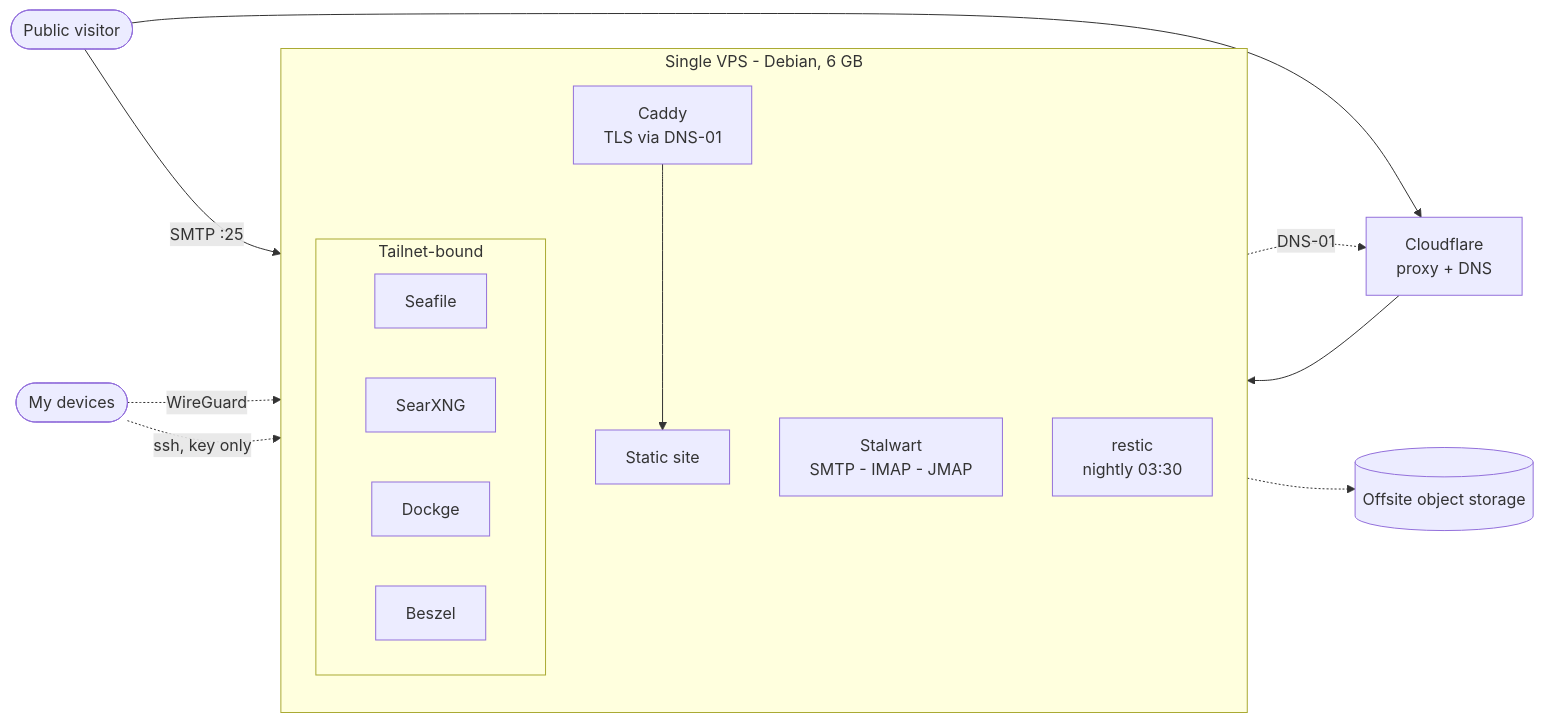
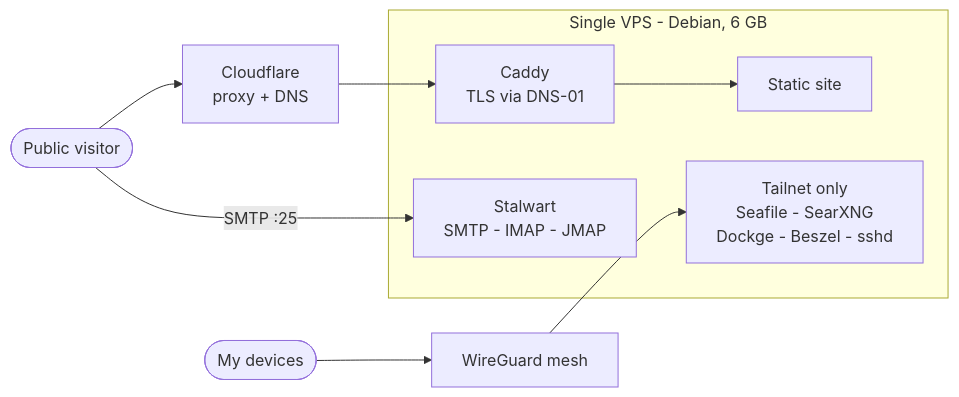
The first of 4 diagrams in README.md (lucavieiram/self-hosted-stack), drawn with Mermaid before and after one commit. The commit also changed other lines of this file, not shown here.

First line of the commit message:
redo the topology diagram, make the exposure diagram say something

````diff
--- a/README.md
+++ b/README.md
@@ -15,29 +15,18 @@
 ```mermaid
 graph LR
-    user(["Public visitor"])
-    me(["My devices"])
+    visitor(["Public visitor"])
+    devices(["My devices"])
     cf["Cloudflare<br/>proxy + DNS"]
+    mesh["WireGuard mesh"]
 
     subgraph vps["Single VPS - Debian, 6 GB"]
-        direction TB
         caddy["Caddy<br/>TLS via DNS-01"]
         site["Static site"]
         mail["Stalwart<br/>SMTP - IMAP - JMAP"]
-
-        subgraph private["Tailnet-bound"]
-            files["Seafile"]
-            search["SearXNG"]
-            dockge["Dockge"]
-            beszel["Beszel"]
-        end
-
-        restic["restic<br/>nightly 03:30"]
+        priv["Tailnet only<br/>Seafile - SearXNG<br/>Dockge - Beszel - sshd"]
     end
 
-    user --> cf --> caddy --> site
-    user -->|"SMTP :25"| mail
-    me -.->|"WireGuard"| private
-    me -.->|"ssh, key only"| vps
-    caddy -.->|"DNS-01"| cf
-    restic -.-> offsite[("Offsite object storage")]
+    visitor --> cf --> caddy --> site
+    visitor -->|"SMTP :25"| mail
+    devices --> mesh --> priv
 ```
````
